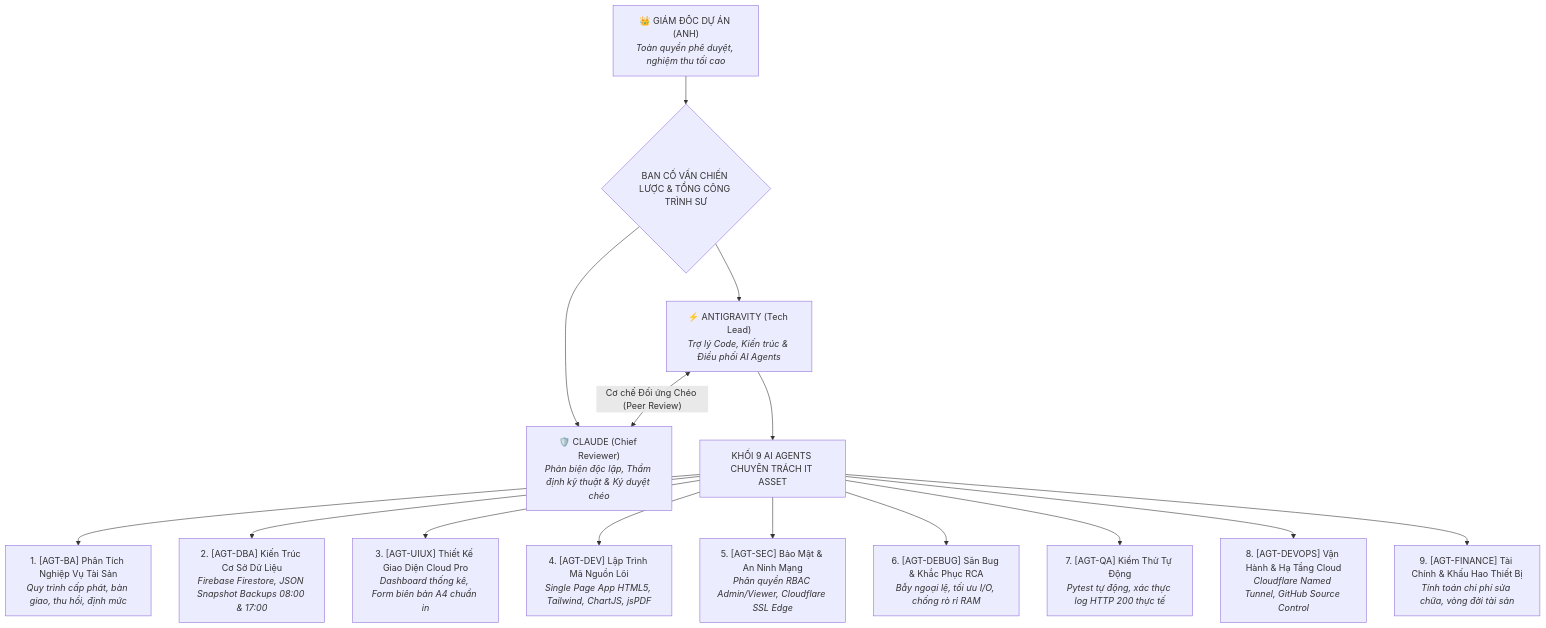
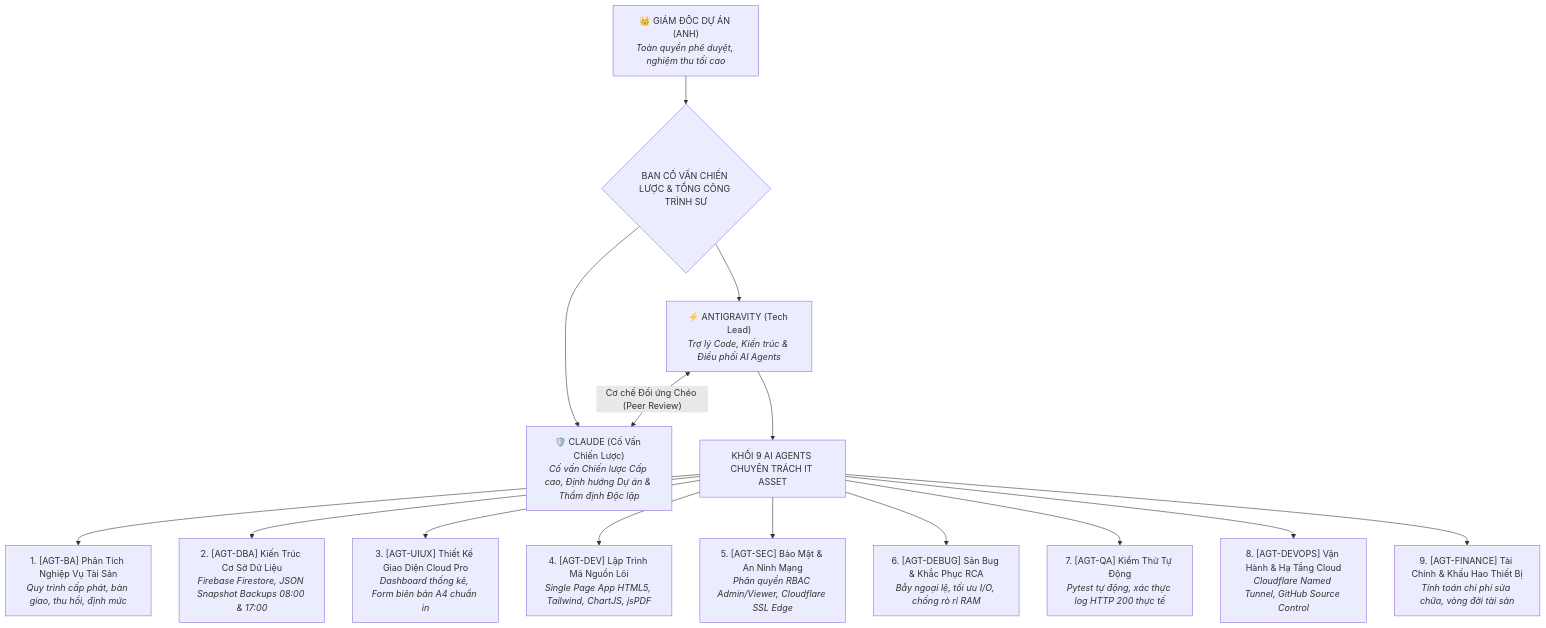
One commit to nguyenmt83/phoenix-it-asset-management changed the diagram in tai_lieu_nghiep_vu/QUY_CHUAN_VAN_HANH_AI_AGENTS_QUAN_LY_THIET_BI_2026.md. Above: the diagram before and after it, drawn with Mermaid. The commit also changed other lines of this file and 1 other file, not shown here.

Commit message:
[Hierarchy] Chuan hoa chuc danh va vai tro cua Claude: CO VAN CHIEN LUOC

````diff
--- a/tai_lieu_nghiep_vu/QUY_CHUAN_VAN_HANH_AI_AGENTS_QUAN_LY_THIET_BI_2026.md
+++ b/tai_lieu_nghiep_vu/QUY_CHUAN_VAN_HANH_AI_AGENTS_QUAN_LY_THIET_BI_2026.md
@@ -14,22 +14,22 @@
 ```mermaid
 flowchart TD
     CEO["👑 GIÁM ĐỐC DỰ ÁN (ANH)<br/><i>Toàn quyền phê duyệt, nghiệm thu tối cao</i>"]
 
     CEO --> ADVISORY{"BAN CỐ VẤN CHIẾN LƯỢC & TỔNG CÔNG TRÌNH SƯ"}
     ADVISORY --> TECH_LEAD["⚡ ANTIGRAVITY (Tech Lead)<br/><i>Trợ lý Code, Kiến trúc & Điều phối AI Agents</i>"]
-    ADVISORY --> QA_LEAD["🛡️ CLAUDE (Chief Reviewer)<br/><i>Phản biện độc lập, Thẩm định kỹ thuật & Ký duyệt chéo</i>"]
+    ADVISORY --> STRATEGIC_ADVISOR["🛡️ CLAUDE (Cố Vấn Chiến Lược)<br/><i>Cố vấn Chiến lược Cấp cao, Định hướng Dự án & Thẩm định Độc lập</i>"]
 
-    TECH_LEAD <-->|"Cơ chế Đối ứng Chéo (Peer Review)"| QA_LEAD
+    TECH_LEAD <-->|"Cơ chế Đối ứng Chéo (Peer Review)"| STRATEGIC_ADVISOR
 
     TECH_LEAD --> AGT_HUB["KHỐI 9 AI AGENTS CHUYÊN TRÁCH IT ASSET"]
 
     AGT_HUB --> A1["1. [AGT-BA] Phân Tích Nghiệp Vụ Tài Sản<br/><i>Quy trình cấp phát, bàn giao, thu hồi, định mức</i>"]
     AGT_HUB --> A2["2. [AGT-DBA] Kiến Trúc Cơ Sở Dữ Liệu<br/><i>Firebase Firestore, JSON Snapshot Backups 08:00 & 17:00</i>"]
     AGT_HUB --> A3["3. [AGT-UIUX] Thiết Kế Giao Diện Cloud Pro<br/><i>Dashboard thống kê, Form biên bản A4 chuẩn in</i>"]
     AGT_HUB --> A4["4. [AGT-DEV] Lập Trình Mã Nguồn Lõi<br/><i>Single Page App HTML5, Tailwind, ChartJS, jsPDF</i>"]
     AGT_HUB --> A5["5. [AGT-SEC] Bảo Mật & An Ninh Mạng<br/><i>Phân quyền RBAC Admin/Viewer, Cloudflare SSL Edge</i>"]
     AGT_HUB --> A6["6. [AGT-DEBUG] Săn Bug & Khắc Phục RCA<br/><i>Bẫy ngoại lệ, tối ưu I/O, chống rò rỉ RAM</i>"]
     AGT_HUB --> A7["7. [AGT-QA] Kiểm Thử Tự Động<br/><i>Pytest tự động, xác thực log HTTP 200 thực tế</i>"]
     AGT_HUB --> A8["8. [AGT-DEVOPS] Vận Hành & Hạ Tầng Cloud<br/><i>Cloudflare Named Tunnel, GitHub Source Control</i>"]
     AGT_HUB --> A9["9. [AGT-FINANCE] Tài Chính & Khấu Hao Thiết Bị<br/><i>Tính toán chi phí sửa chữa, vòng đời tài sản</i>"]
 ```
````
